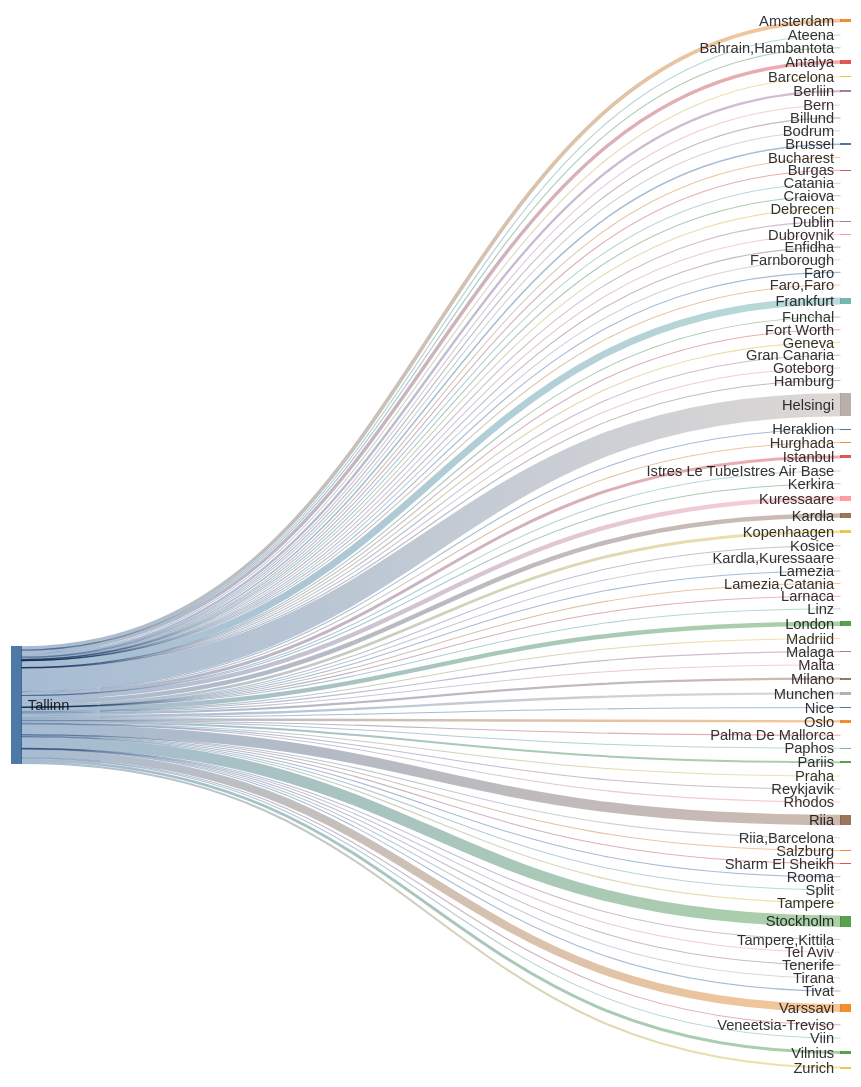
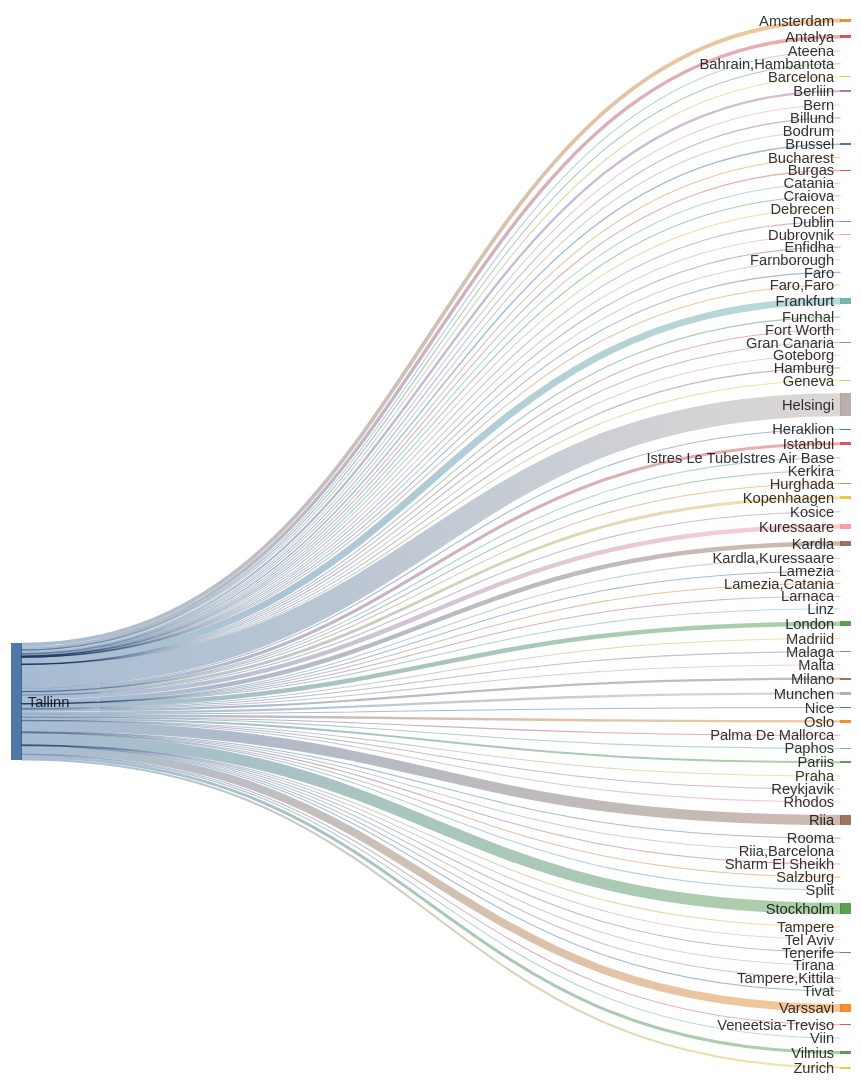
Before and after one commit to rainermesi/tll-airport-departures: the second of 2 diagrams in README.md, drawn with Mermaid. The commit also changed other lines of this file and 1 other file, not shown here.

````diff
--- a/README.md
+++ b/README.md
@@ -41,18 +41,18 @@
 ---
 sankey-beta
 %% source,target,value
-Tallinn,Amsterdam,473
-Tallinn,Antalya,427
+Tallinn,Amsterdam,475
+Tallinn,Antalya,429
 Tallinn,Ateena,16
 Tallinn,"Bahrain,Hambantota",1
 Tallinn,Barcelona,133
-Tallinn,Berliin,300
+Tallinn,Berliin,302
 Tallinn,Bern,1
 Tallinn,Billund,76
 Tallinn,Bodrum,11
 Tallinn,Brussel,185
 Tallinn,Bucharest,1
-Tallinn,Burgas,56
+Tallinn,Burgas,57
 Tallinn,Catania,2
 Tallinn,Craiova,1
 Tallinn,Debrecen,1
@@ -63,59 +63,59 @@
 Tallinn,Faro,4
 Tallinn,"Faro,Faro",1
 Tallinn,Fort Worth,1
-Tallinn,Frankfurt,864
+Tallinn,Frankfurt,867
 Tallinn,Funchal,5
 Tallinn,Geneva,13
 Tallinn,Gran Canaria,38
 Tallinn,Goteborg,2
 Tallinn,Hamburg,2
-Tallinn,Helsingi,2913
-Tallinn,Heraklion,97
+Tallinn,Helsingi,2922
+Tallinn,Heraklion,98
 Tallinn,Hurghada,75
-Tallinn,Istanbul,380
+Tallinn,Istanbul,381
 Tallinn,Istres Le TubeIstres Air Base,2
 Tallinn,Kerkira,4
-Tallinn,Kopenhaagen,353
+Tallinn,Kopenhaagen,356
 Tallinn,Kosice,1
-Tallinn,Kuressaare,552
-Tallinn,Kardla,554
+Tallinn,Kuressaare,554
+Tallinn,Kardla,556
 Tallinn,"Kardla,Kuressaare",1
 Tallinn,Lamezia,1
 Tallinn,"Lamezia,Catania",3
 Tallinn,Larnaca,4
 Tallinn,Linz,2
-Tallinn,London,570
+Tallinn,London,571
 Tallinn,Madriid,3
 Tallinn,Malaga,117
 Tallinn,Malta,28
-Tallinn,Milano,270
-Tallinn,Munchen,294
-Tallinn,Nice,50
-Tallinn,Oslo,295
+Tallinn,Milano,271
+Tallinn,Munchen,296
+Tallinn,Nice,51
+Tallinn,Oslo,296
 Tallinn,Palma De Mallorca,32
 Tallinn,Paphos,66
-Tallinn,Pariis,252
+Tallinn,Pariis,253
 Tallinn,Praha,84
-Tallinn,Reykjavik,18
+Tallinn,Reykjavik,19
 Tallinn,Rhodos,58
-Tallinn,Riia,1309
+Tallinn,Riia,1313
 Tallinn,"Riia,Barcelona",1
 Tallinn,Rooma,80
 Tallinn,Salzburg,14
 Tallinn,Sharm El Sheikh,102
 Tallinn,Split,51
-Tallinn,Stockholm,1436
+Tallinn,Stockholm,1441
 Tallinn,Tampere,17
 Tallinn,"Tampere,Kittila",21
 Tallinn,Tel Aviv,2
 Tallinn,Tenerife,58
 Tallinn,Tirana,32
 Tallinn,Tivat,64
-Tallinn,Varssavi,1005
+Tallinn,Varssavi,1008
 Tallinn,Veneetsia-Treviso,67
 Tallinn,Viin,106
-Tallinn,Vilnius,363
-Tallinn,Zurich,258
+Tallinn,Vilnius,365
+Tallinn,Zurich,259
 
 
 ```
````
